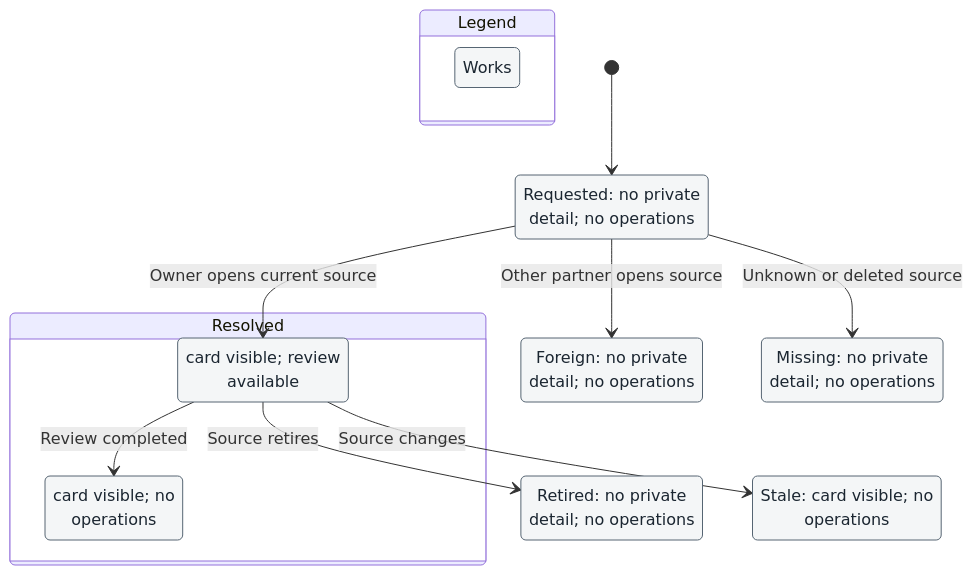
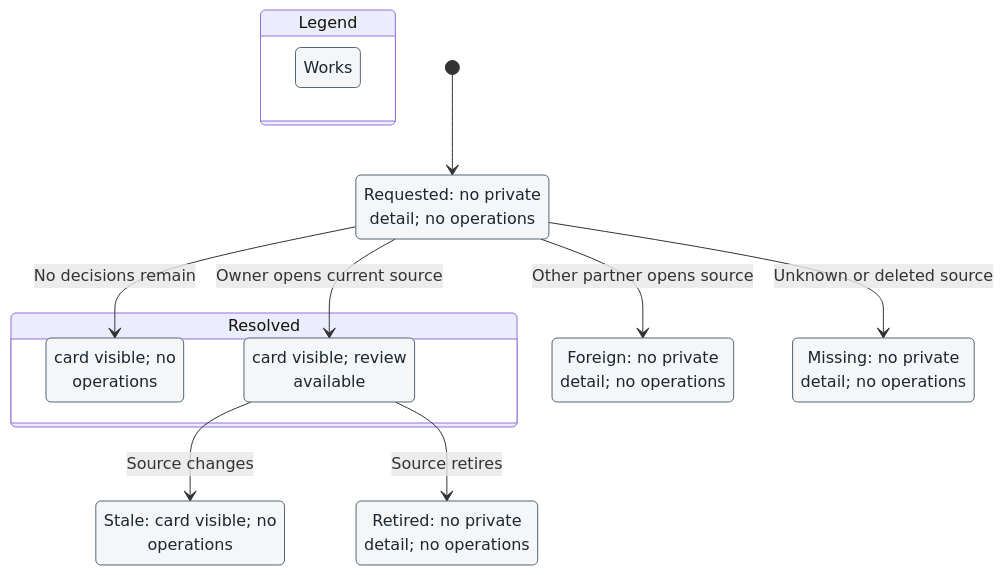
The diagram in docs/models/action-card-targets/statechart.mmd (DoctorCRE/carr-system), drawn with Mermaid before and after one commit. The commit also changed 17 other files, not shown here.

```diff
--- a/docs/models/action-card-targets/statechart.mmd
+++ b/docs/models/action-card-targets/statechart.mmd
@@ -1,40 +1,40 @@
 ---
 config:
   markdownAutoWrap: false
   state:
     useMaxWidth: false
 ---
 stateDiagram-v2
   classDef works fill:#f4f6f7,stroke:#566573,color:#1b2631
   classDef wrong fill:#fdedec,stroke:#c0392b,color:#7b241c
   classDef fixed fill:#e9f7ef,stroke:#1e8449,color:#145a32
   classDef worksPath fill:#f4f6f7,stroke:#1f3a93,stroke-width:4px,color:#1b2631
   classDef wrongPath fill:#fdedec,stroke:#1f3a93,stroke-width:4px,color:#7b241c
   classDef fixedPath fill:#e9f7ef,stroke:#1f3a93,stroke-width:4px,color:#145a32
   state "Legend" as legend {
     state "Works" as legendWorks
   }
   class legendWorks works
   state "Resolved" as g0 {
     state "card visible; no<br/>operations" as s0
     state "card visible; review<br/>available" as s1
   }
   state "Foreign: no private<br/>detail; no operations" as s2
   state "Missing: no private<br/>detail; no operations" as s3
   state "Requested: no private<br/>detail; no operations" as s4
   state "Retired: no private<br/>detail; no operations" as s5
   state "Stale: card visible; no<br/>operations" as s6
   [*] --> s4
   s4 --> s1 : Owner opens current source
   s4 --> s2 : Other partner opens source
   s4 --> s3 : Unknown or deleted source
+  s4 --> s0 : No decisions remain
   s1 --> s6 : Source changes
   s1 --> s5 : Source retires
-  s1 --> s0 : Review completed
   class s2 works
   class s3 works
   class s4 works
   class s0 works
   class s1 works
   class s5 works
   class s6 works
```
